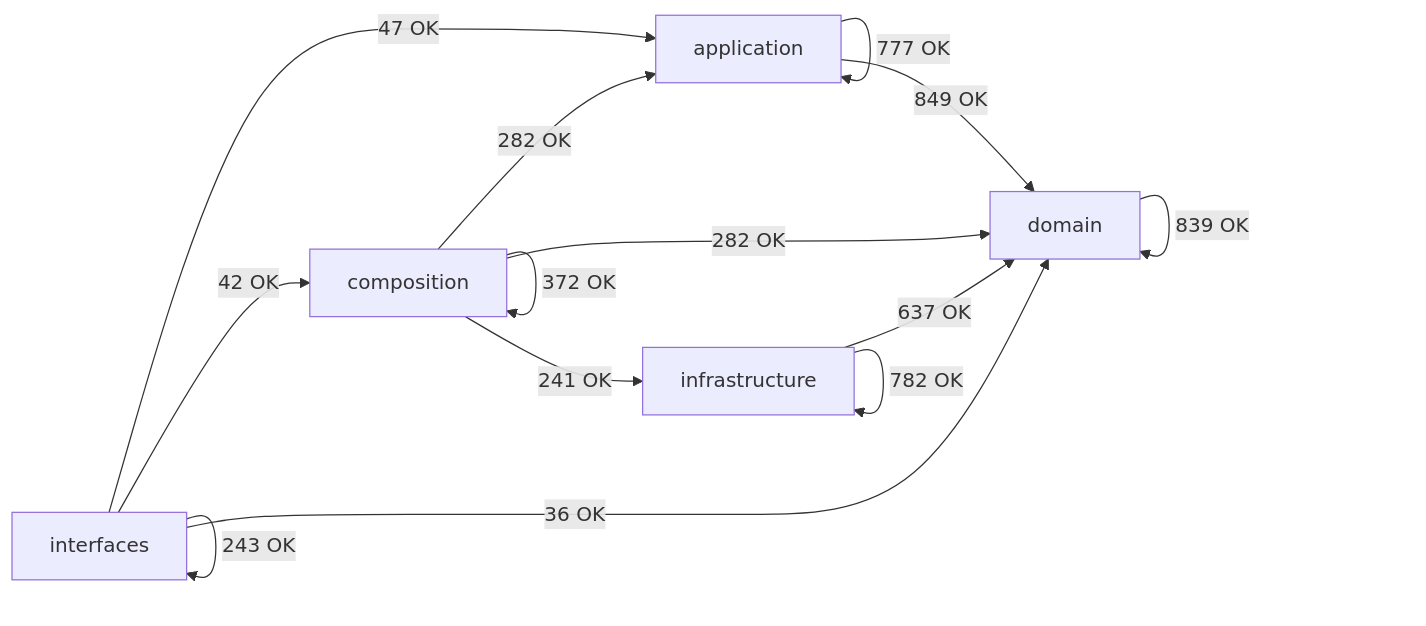
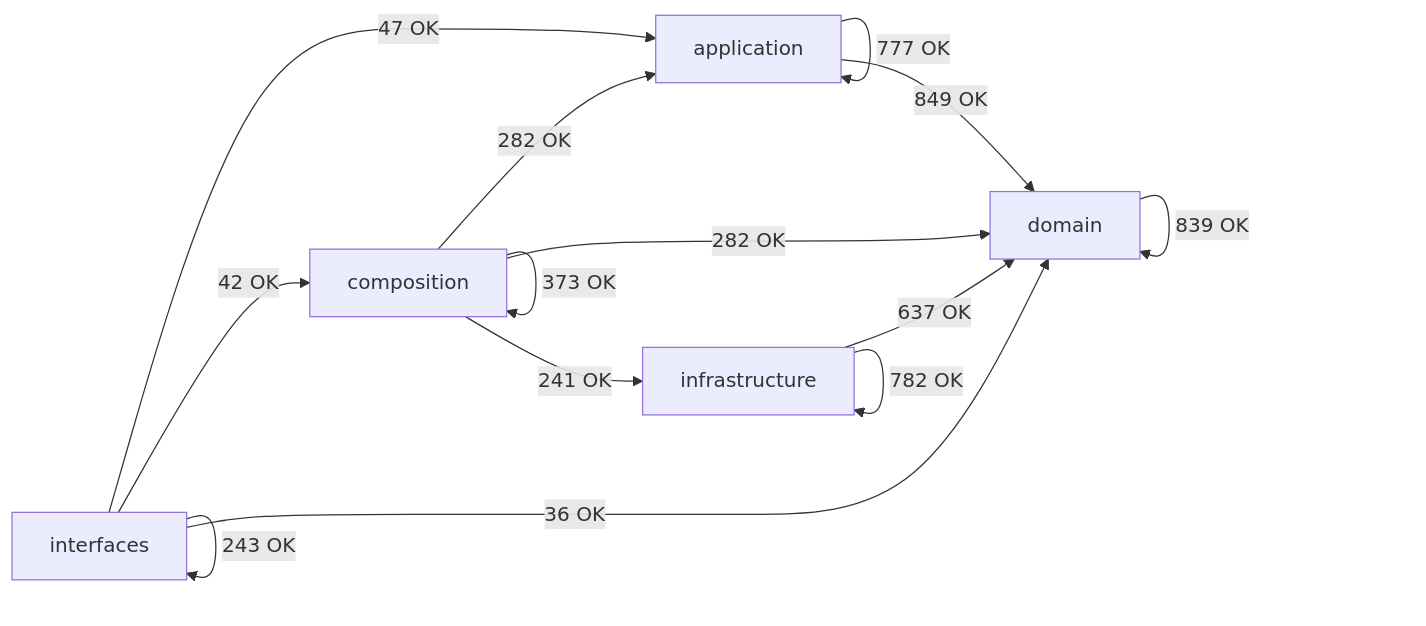
One commit to SatoryKono/BioactivityDataAcquisition changed the diagram in docs/02-architecture/generated/module-dependency-map.md. Above: the diagram before and after it, drawn with Mermaid. The commit also changed other lines of this file and 9 other files, not shown here.

````diff
--- a/docs/02-architecture/generated/module-dependency-map.md
+++ b/docs/02-architecture/generated/module-dependency-map.md
@@ -26,21 +26,21 @@
 ```mermaid
 flowchart LR
     domain[domain]
     application[application]
     infrastructure[infrastructure]
     composition[composition]
     interfaces[interfaces]
     application -->|777 OK| application
     application -->|849 OK| domain
     composition -->|282 OK| application
-    composition -->|372 OK| composition
+    composition -->|373 OK| composition
     composition -->|282 OK| domain
     composition -->|241 OK| infrastructure
     domain -->|839 OK| domain
     infrastructure -->|637 OK| domain
     infrastructure -->|782 OK| infrastructure
     interfaces -->|47 OK| application
     interfaces -->|42 OK| composition
     interfaces -->|36 OK| domain
     interfaces -->|243 OK| interfaces
 ```
````
